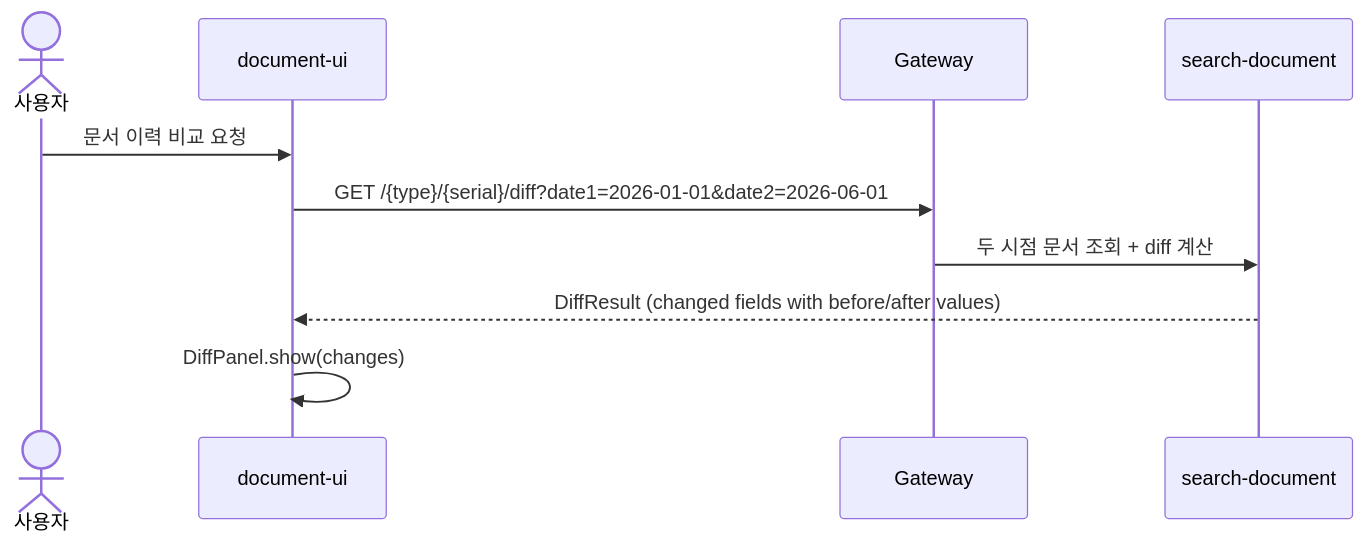
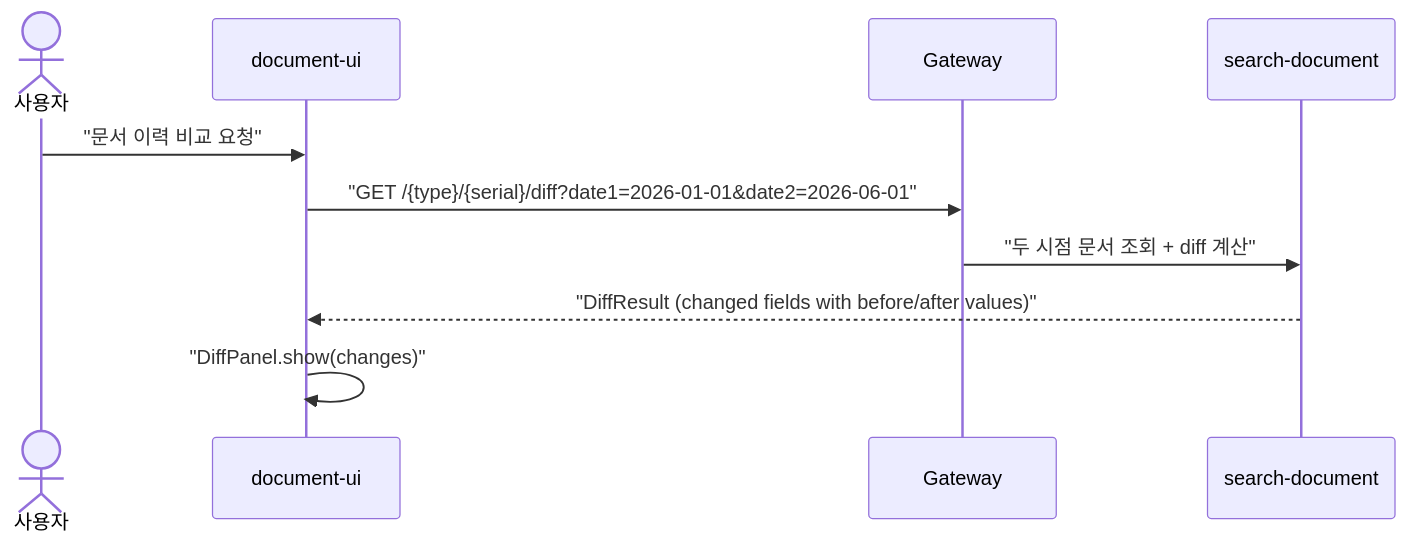
The ninth of 25 diagrams in docs/usecases.md (sayaya1090/handbook), drawn with Mermaid before and after one commit. The commit also changed other lines of this file and 22 other files, not shown here.

First line of the commit message:
docs: Mermaid 다이어그램 렌더링 오류 수정을 위한 구문 전수 교정

````diff
--- a/docs/usecases.md
+++ b/docs/usecases.md
@@ -916,13 +916,13 @@
 ```mermaid
 sequenceDiagram
     actor User as 사용자
     participant UI as document-ui
     participant GW as Gateway
     participant API as search-document
 
-    User->>UI: 문서 이력 비교 요청
-    UI->>GW: GET /{type}/{serial}/diff?date1=2026-01-01&date2=2026-06-01
-    GW->>API: 두 시점 문서 조회 + diff 계산
-    API-->>UI: DiffResult (changed fields with before/after values)
-    UI->>UI: DiffPanel.show(changes)
+    User->>UI: "문서 이력 비교 요청"
+    UI->>GW: "GET /{type}/{serial}/diff?date1=2026-01-01&date2=2026-06-01"
+    GW->>API: "두 시점 문서 조회 + diff 계산"
+    API-->>UI: "DiffResult (changed fields with before/after values)"
+    UI->>UI: "DiffPanel.show(changes)"
 ```
````
